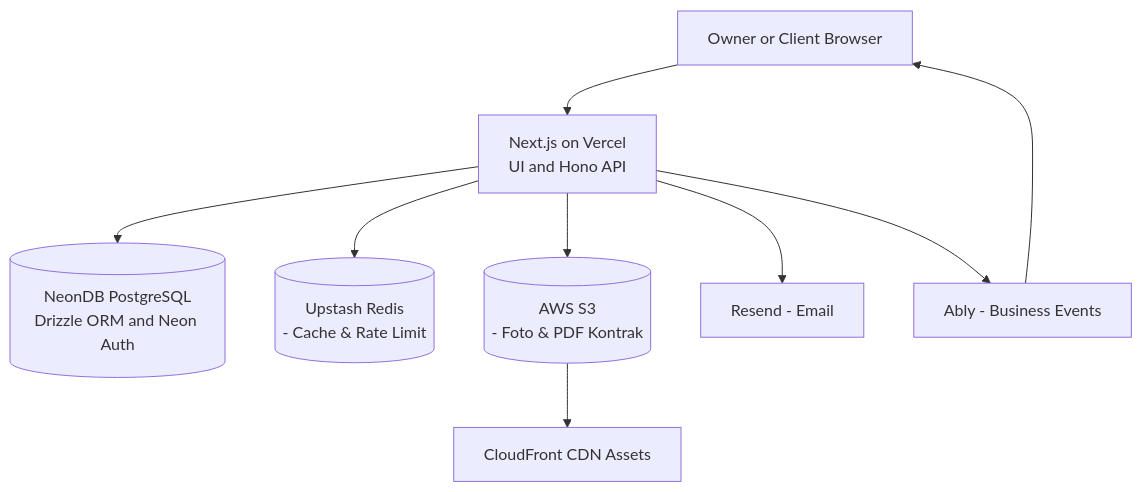
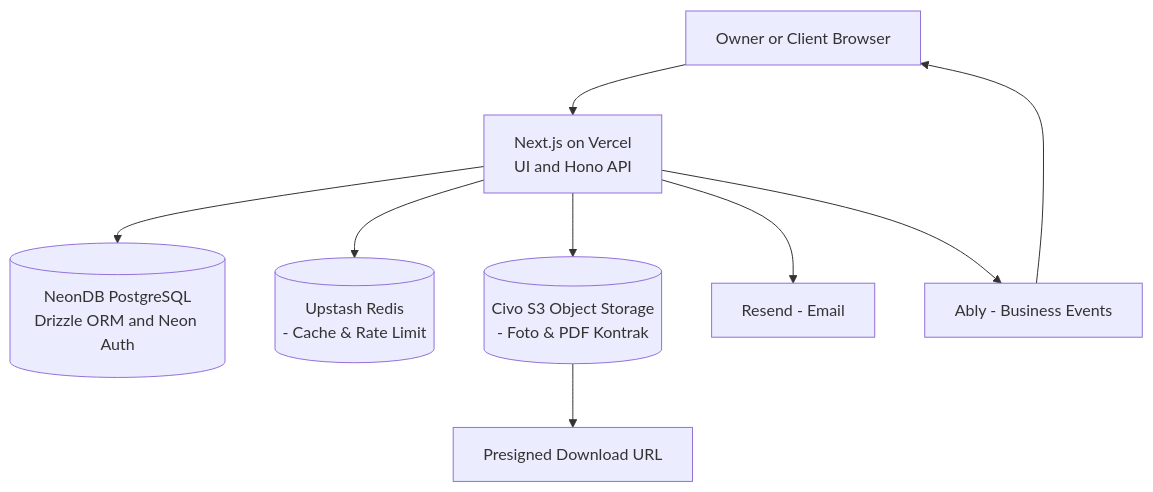
One commit to msph1973/klikframe changed the first of 2 diagrams in ARCHITECTURE.md. Above: the diagram before and after it, drawn with Mermaid. The commit also changed other lines of this file and 4 other files, not shown here.

First line of the commit message:
docs(storage): make Civo S3 Object Storage the permanent MVP provider

````diff
--- a/ARCHITECTURE.md
+++ b/ARCHITECTURE.md
@@ -16,11 +16,11 @@
 ```mermaid
 flowchart TD
     Client[Owner or Client Browser] --> NextJS[Next.js on Vercel<br/>UI and Hono API]
     NextJS --> NeonDB[(NeonDB PostgreSQL<br/>Drizzle ORM and Neon Auth)]
     NextJS --> Upstash[(Upstash Redis<br/>- Cache & Rate Limit)]
-    NextJS --> S3[(AWS S3<br/>- Foto & PDF Kontrak)]
-    S3 --> CDN2[CloudFront CDN Assets]
+    NextJS --> S3[(Civo S3 Object Storage<br/>- Foto & PDF Kontrak)]
+    S3 --> DL[Presigned Download URL]
     NextJS --> Resend[Resend - Email]
     NextJS --> Ably[Ably - Business Events]
     Ably --> Client
 ```
````
